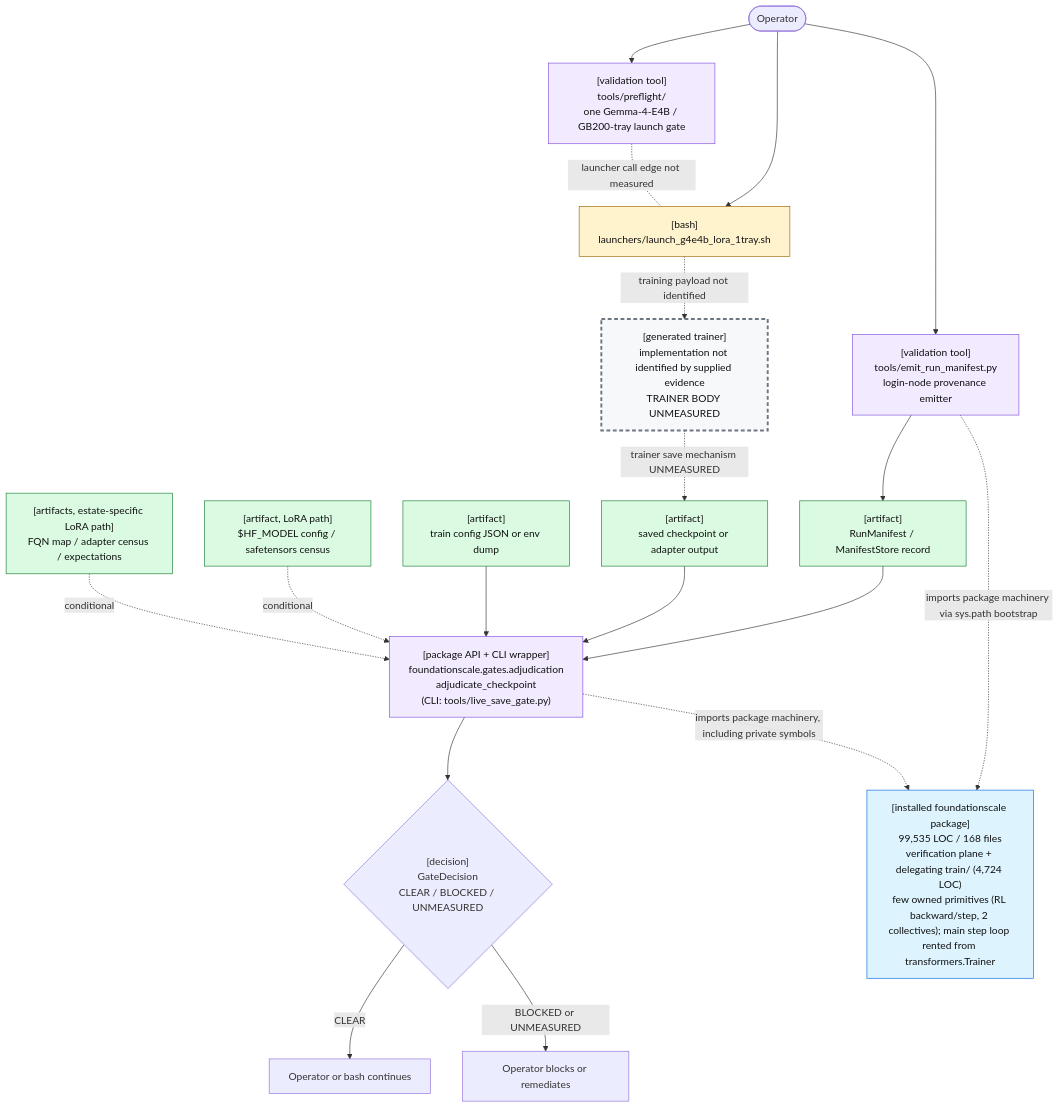
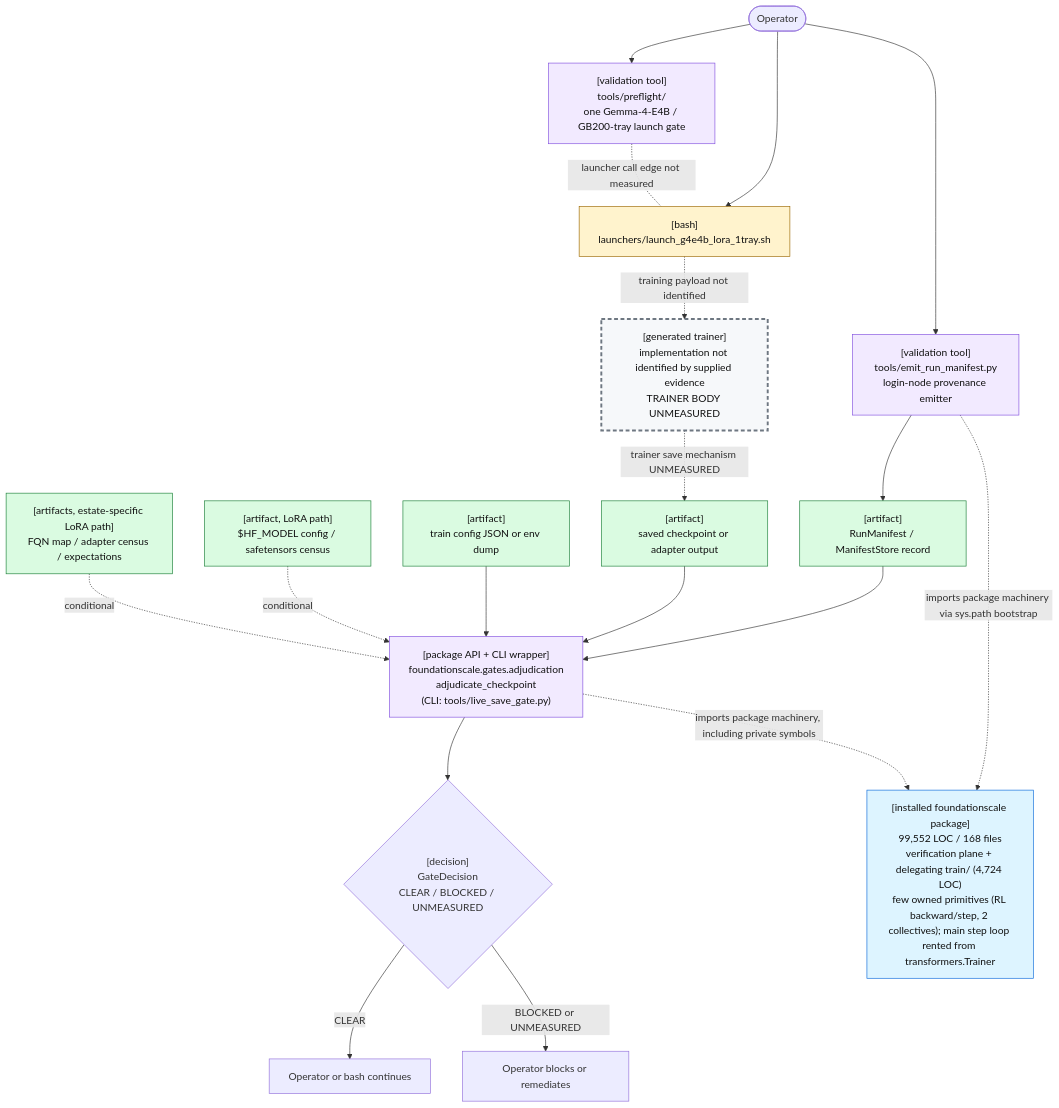
Before and after one commit to TranNhiem/FoundationScale: the first of 2 diagrams in docs/review/D2_current_architecture.md, drawn with Mermaid. The commit also changed other lines of this file and 10 other files, not shown here.

````diff
--- a/docs/review/D2_current_architecture.md
+++ b/docs/review/D2_current_architecture.md
@@ -25,59 +25,59 @@
 ```mermaid
 flowchart TB
   O(["Operator"])
 
   PF["[validation tool]<br/>tools/preflight/<br/>one Gemma-4-E4B / GB200-tray launch gate"]
   L["[bash]<br/>launchers/launch_g4e4b_lora_1tray.sh"]
 
   E["[validation tool]<br/>tools/emit_run_manifest.py<br/>login-node provenance emitter"]
   M["[artifact]<br/>RunManifest / ManifestStore record"]
 
   T["[generated trainer]<br/>implementation not identified by supplied evidence<br/>TRAINER BODY UNMEASURED"]
   C["[artifact]<br/>saved checkpoint or adapter output"]
 
   G["[package API + CLI wrapper]<br/>foundationscale.gates.adjudication<br/>adjudicate_checkpoint<br/>(CLI: tools/live_save_gate.py)"]
   CFG["[artifact]<br/>train config JSON or env dump"]
   BASE["[artifact, LoRA path]<br/>$HF_MODEL config / safetensors census"]
   CEN["[artifacts, estate-specific LoRA path]<br/>FQN map / adapter census / expectations"]
 
   D{"[decision]<br/>GateDecision<br/>CLEAR / BLOCKED / UNMEASURED"}
   OK["Operator or bash continues"]
   NO["Operator blocks or remediates"]
 
-  PKG["[installed foundationscale package]<br/>99,535 LOC / 168 files<br/>verification plane + delegating train/ (4,724 LOC)<br/>few owned primitives (RL backward/step, 2 collectives); main step loop rented from transformers.Trainer"]
+  PKG["[installed foundationscale package]<br/>99,552 LOC / 168 files<br/>verification plane + delegating train/ (4,724 LOC)<br/>few owned primitives (RL backward/step, 2 collectives); main step loop rented from transformers.Trainer"]
 
   O --> PF
   O --> L
   PF -. "launcher call edge not measured" .- L
 
   O --> E
   E --> M
 
   L -. "training payload not identified" .-> T
   T -. "trainer save mechanism UNMEASURED" .-> C
 
   M --> G
   C --> G
   CFG --> G
   BASE -. "conditional" .-> G
   CEN -. "conditional" .-> G
 
   E -. "imports package machinery via sys.path bootstrap" .-> PKG
   G -. "imports package machinery, including private symbols" .-> PKG
 
   G --> D
   D -->|"CLEAR"| OK
   D -->|"BLOCKED or UNMEASURED"| NO
 
   classDef bash fill:#fff3cd,stroke:#9a6700,color:#111;
   classDef tool fill:#f2eaff,stroke:#8250df,color:#111;
   classDef artifact fill:#dafbe1,stroke:#1a7f37,color:#111;
   classDef gap fill:#f6f8fa,stroke:#6e7781,stroke-width:3px,stroke-dasharray: 6 4,color:#111;
   classDef pkg fill:#ddf4ff,stroke:#0969da,color:#111;
 
   class L bash;
   class PF,E,G tool;
   class M,C,CFG,BASE,CEN artifact;
   class T gap;
   class PKG pkg;
 ```
````
